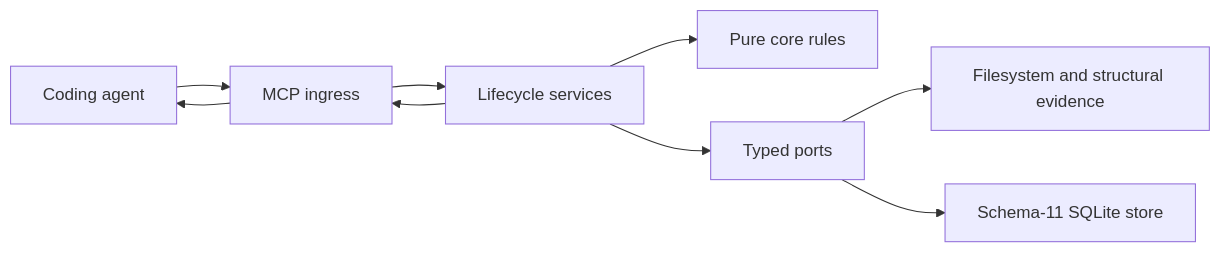
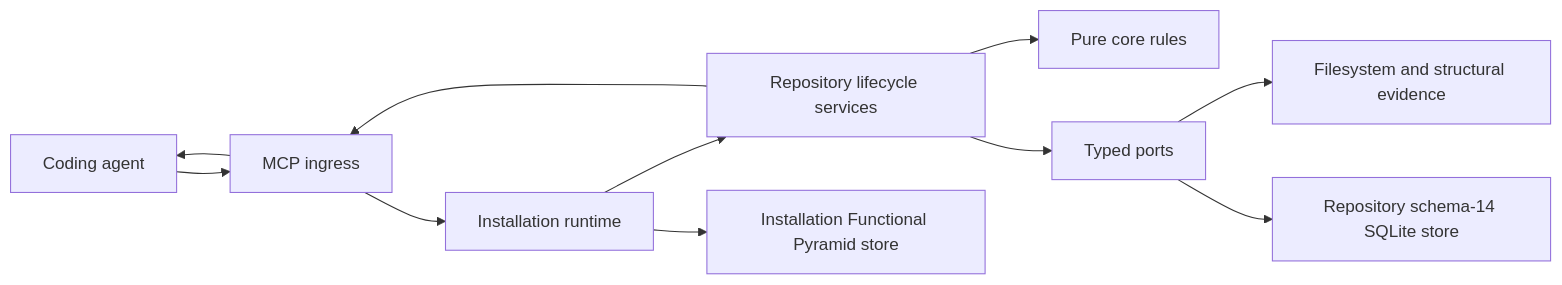
The diagram in docs/architecture.md (pontivus-com/span), drawn with Mermaid before and after one commit. The commit also changed other lines of this file and 117 other files, not shown here.

````diff
--- a/docs/architecture.md
+++ b/docs/architecture.md
@@ -7,11 +7,13 @@
 ```mermaid
 flowchart LR
   A[Coding agent] --> M[MCP ingress]
-  M --> S[Lifecycle services]
+  M --> I[Installation runtime]
+  I --> S[Repository lifecycle services]
   S --> C[Pure core rules]
   S --> P[Typed ports]
   P --> E[Filesystem and structural evidence]
-  P --> D[Schema-11 SQLite store]
+  P --> D[Repository schema-14 SQLite store]
+  I --> F[Installation Functional Pyramid store]
   S --> M
   M --> A
 ```
````
